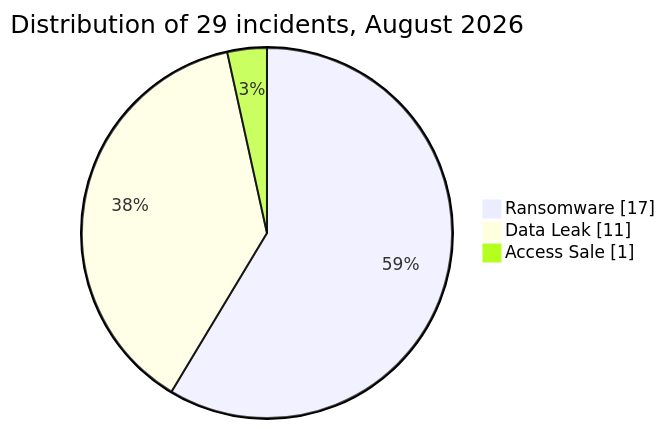
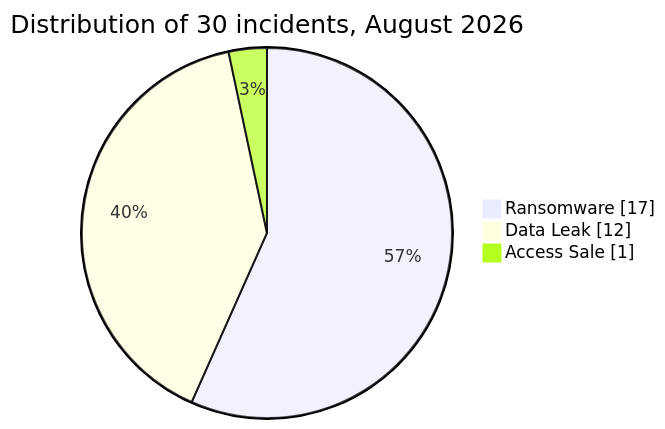
Before and after one commit to Hatchepsoute/AFRINTEL: the diagram in statistics/2026/08-august/README.md, drawn with Mermaid. The commit also changed other lines of this file and 90 other files, not shown here.

````diff
--- a/statistics/2026/08-august/README.md
+++ b/statistics/2026/08-august/README.md
@@ -34,7 +34,7 @@
 ```mermaid
 pie showData
-    title Distribution of 29 incidents, August 2026
+    title Distribution of 30 incidents, August 2026
     "Ransomware" : 17
-    "Data Leak" : 11
+    "Data Leak" : 12
     "Access Sale" : 1
 ```
````
